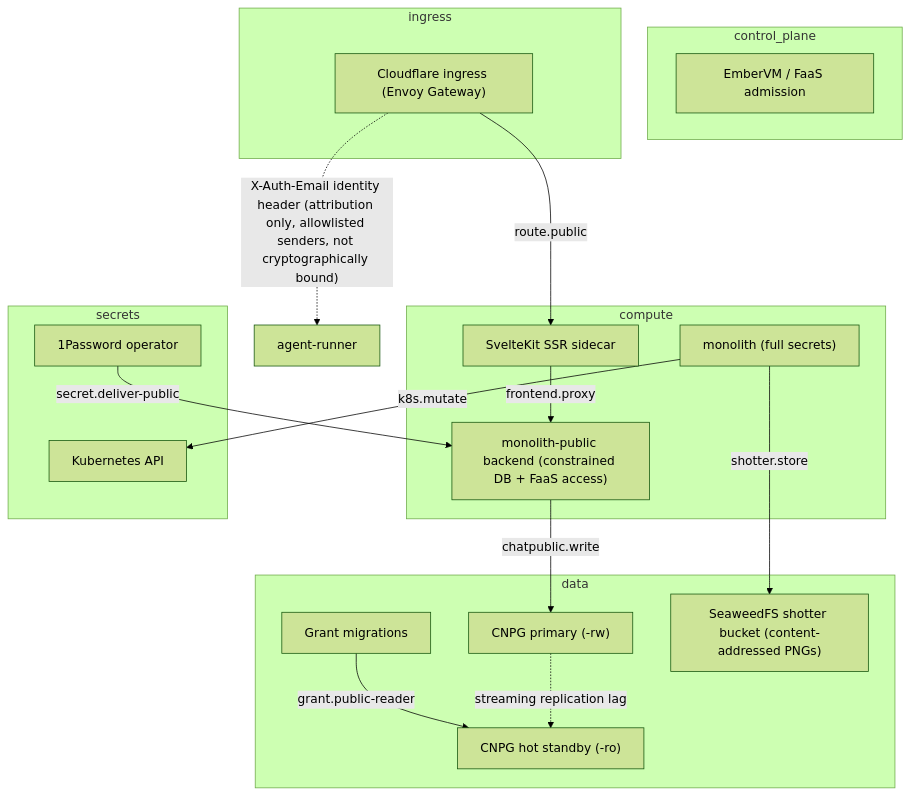
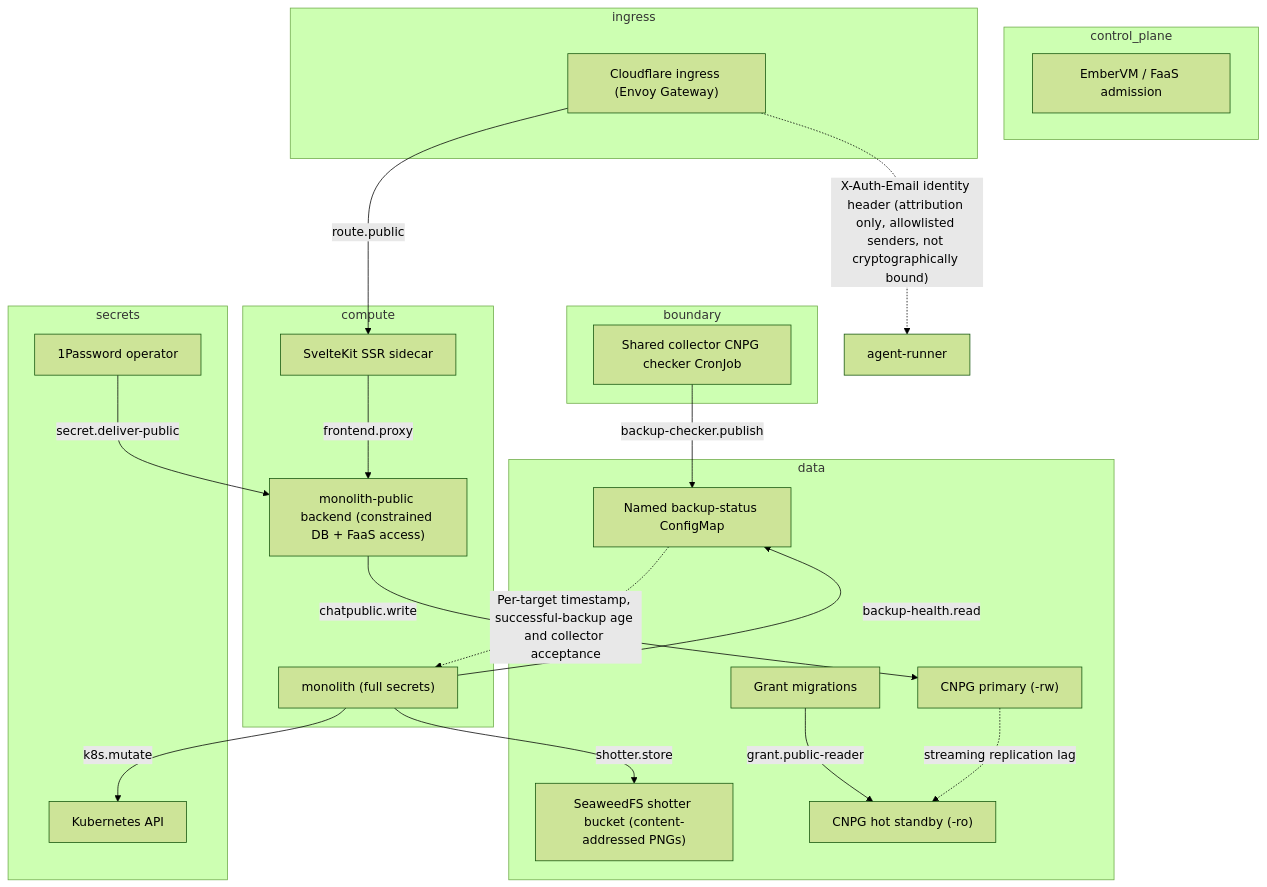
One commit to jomcgi-org/homelab changed the second of 2 diagrams in projects/monolith/STPA.md. Above: the diagram before and after it, drawn with Mermaid (forest theme). The commit also changed other lines of this file and 10 other files, not shown here.

Commit message:
feat(observability): enable shared hub backup advisory

````diff
--- a/projects/monolith/STPA.md
+++ b/projects/monolith/STPA.md
@@ -91,33 +96,40 @@
 ```mermaid
 flowchart TD
+  subgraph boundary["boundary"]
+    backup-checker["Shared collector CNPG checker CronJob"]
+  end
   subgraph compute["compute"]
     frontend-ssr["SvelteKit SSR sidecar"]
     private-binary["monolith (full secrets)"]
     public-binary["monolith-public backend (constrained DB + FaaS access)"]
   end
   subgraph control_plane["control_plane"]
     embervm["EmberVM / FaaS admission"]
   end
   subgraph data["data"]
+    backup-status["Named backup-status ConfigMap"]
     migrations["Grant migrations"]
     pg-primary["CNPG primary (-rw)"]
     pg-replica["CNPG hot standby (-ro)"]
     shotter-store["SeaweedFS shotter bucket (content-addressed PNGs)"]
   end
   subgraph ingress["ingress"]
     cf-ingress["Cloudflare ingress (Envoy Gateway)"]
   end
   subgraph secrets["secrets"]
     k8s-api["Kubernetes API"]
     onepassword["1Password operator"]
   end
+  backup-checker -- "backup-checker.publish" --> backup-status
+  private-binary -- "backup-health.read" --> backup-status
   public-binary -- "chatpublic.write" --> pg-primary
   frontend-ssr -- "frontend.proxy" --> public-binary
   migrations -- "grant.public-reader" --> pg-replica
   private-binary -- "k8s.mutate" --> k8s-api
   cf-ingress -- "route.public" --> frontend-ssr
   onepassword -- "secret.deliver-public" --> public-binary
   private-binary -- "shotter.store" --> shotter-store
+  backup-status -. "Per-target timestamp, successful-backup age and collector acceptance" .-> private-binary
   cf-ingress -. "X-Auth-Email identity header (attribution only, allowlisted senders, not cryptographically bound)" .-> agent-runner
   pg-primary -. "streaming replication lag" .-> pg-replica
 ```
````
